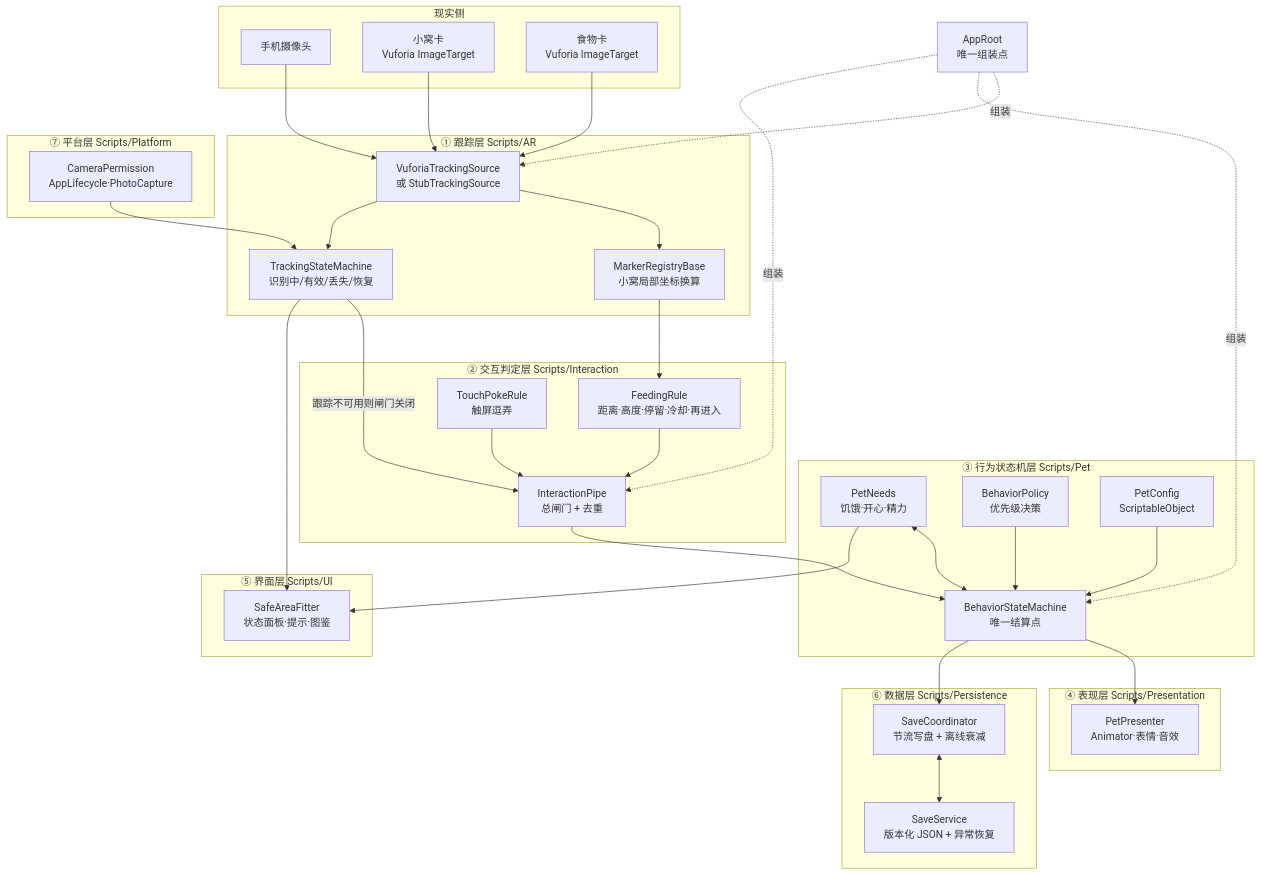
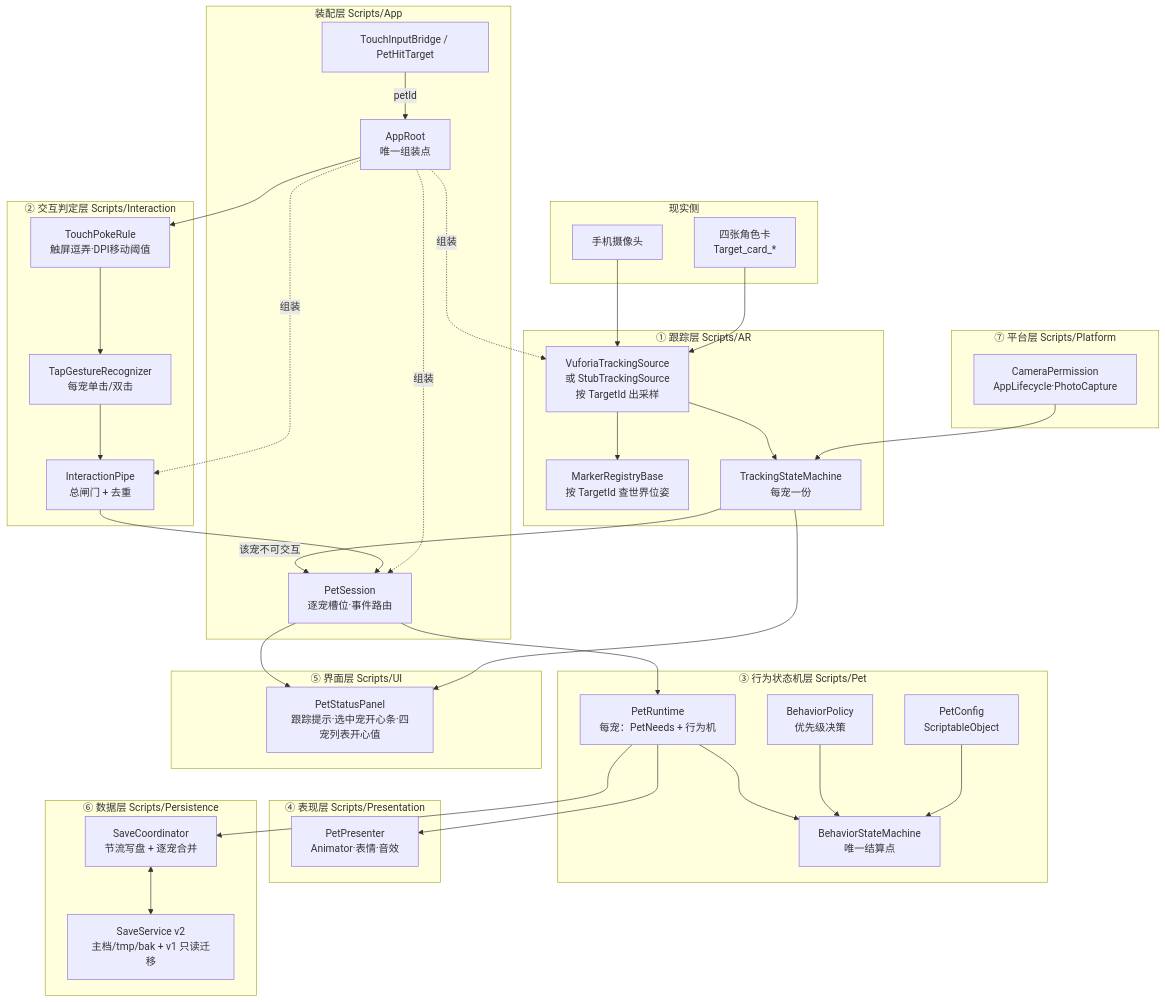
Before and after one commit to fapig1/ZQXNXS: the second of 4 diagrams in Docs/项目架构与技术架构.md, drawn with Mermaid. The commit also changed other lines of this file and 1300 other files, not shown here.

```diff
--- a/Docs/项目架构与技术架构.md
+++ b/Docs/项目架构与技术架构.md
@@ -24,68 +41,73 @@
 ~~~mermaid
 flowchart TB
     subgraph 现实侧
         CAM[手机摄像头]
-        DEN[小窝卡<br/>Vuforia ImageTarget]
-        FOOD[食物卡<br/>Vuforia ImageTarget]
+        CARD[四张角色卡<br/>Target_card_*]
     end
 
     subgraph 跟踪层["① 跟踪层 Scripts/AR"]
-        VS[VuforiaTrackingSource<br/>或 StubTrackingSource]
-        MR[MarkerRegistryBase<br/>小窝局部坐标换算]
-        TS[TrackingStateMachine<br/>识别中/有效/丢失/恢复]
+        VS[VuforiaTrackingSource<br/>或 StubTrackingSource<br/>按 TargetId 出采样]
+        MR[MarkerRegistryBase<br/>按 TargetId 查世界位姿]
+        TS[TrackingStateMachine<br/>每宠一份]
     end
 
     subgraph 交互层["② 交互判定层 Scripts/Interaction"]
-        FR[FeedingRule<br/>距离·高度·停留·冷却·再进入]
-        TP[TouchPokeRule<br/>触屏逗弄]
+        TP[TouchPokeRule<br/>触屏逗弄·DPI移动阈值]
+        TG[TapGestureRecognizer<br/>每宠单击/双击]
         IP[InteractionPipe<br/>总闸门 + 去重]
     end
 
     subgraph 行为层["③ 行为状态机层 Scripts/Pet"]
-        PN[PetNeeds<br/>饥饿·开心·精力]
+        PR[PetRuntime<br/>每宠：PetNeeds + 行为机]
         BP[BehaviorPolicy<br/>优先级决策]
         BSM[BehaviorStateMachine<br/>唯一结算点]
         CFG[PetConfig<br/>ScriptableObject]
     end
 
     subgraph 表现层["④ 表现层 Scripts/Presentation"]
         PP[PetPresenter<br/>Animator·表情·音效]
     end
 
     subgraph 界面层["⑤ 界面层 Scripts/UI"]
-        UI[SafeAreaFitter<br/>状态面板·提示·图鉴]
+        UI[PetStatusPanel<br/>跟踪提示·选中宠开心条·四宠列表开心值]
     end
 
     subgraph 数据层["⑥ 数据层 Scripts/Persistence"]
-        SS[SaveService<br/>版本化 JSON + 异常恢复]
-        SC[SaveCoordinator<br/>节流写盘 + 离线衰减]
+        SS[SaveService v2<br/>主档/tmp/bak + v1 只读迁移]
+        SC[SaveCoordinator<br/>节流写盘 + 逐宠合并]
     end
 
     subgraph 平台层["⑦ 平台层 Scripts/Platform"]
         PL[CameraPermission<br/>AppLifecycle·PhotoCapture]
     end
 
-    APP[AppRoot<br/>唯一组装点]
+    subgraph 装配层["装配层 Scripts/App"]
+        APP[AppRoot<br/>唯一组装点]
+        PS[PetSession<br/>逐宠槽位·事件路由]
+        TI[TouchInputBridge / PetHitTarget]
+    end
 
     CAM --> VS
-    DEN --> VS
-    FOOD --> VS
-    VS --> MR --> FR
+    CARD --> VS
+    VS --> MR
     VS --> TS
-    TS -->|跟踪不可用则闸门关闭| IP
-    FR --> IP
-    TP --> IP
-    IP --> BSM
+    TS -->|该宠不可交互| PS
+    TI -->|petId| APP
+    APP --> TP
+    TP --> TG
+    TG --> IP
+    IP --> PS
+    PS --> PR
+    PR --> BSM
     BP --> BSM
     CFG --> BSM
-    PN <--> BSM
-    BSM --> PP
-    BSM --> SC
+    PR --> PP
+    PR --> SC
     SC <--> SS
-    PN --> UI
+    PS --> UI
     TS --> UI
     PL --> TS
     APP -.组装.-> VS
-    APP -.组装.-> BSM
+    APP -.组装.-> PS
     APP -.组装.-> IP
 ~~~
```
